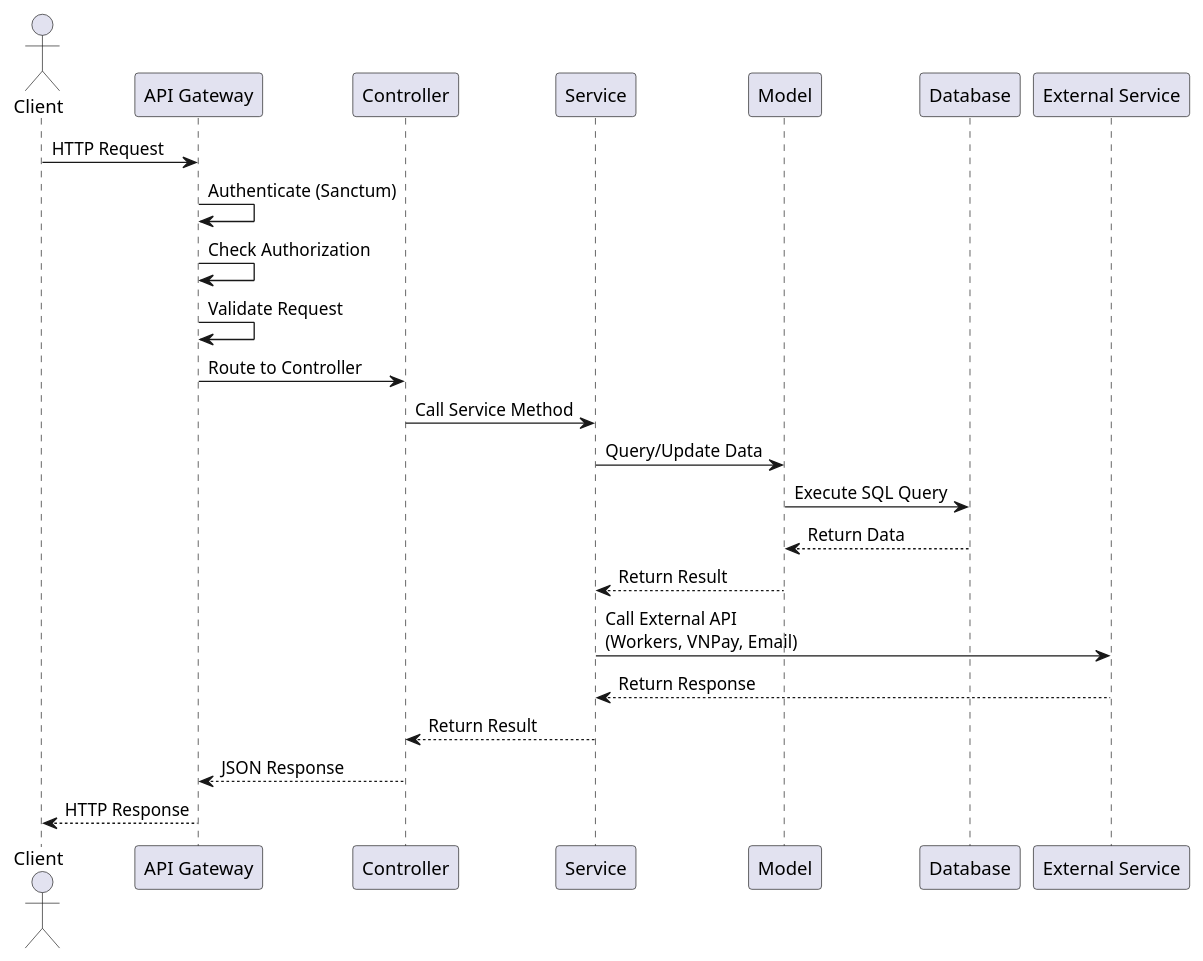
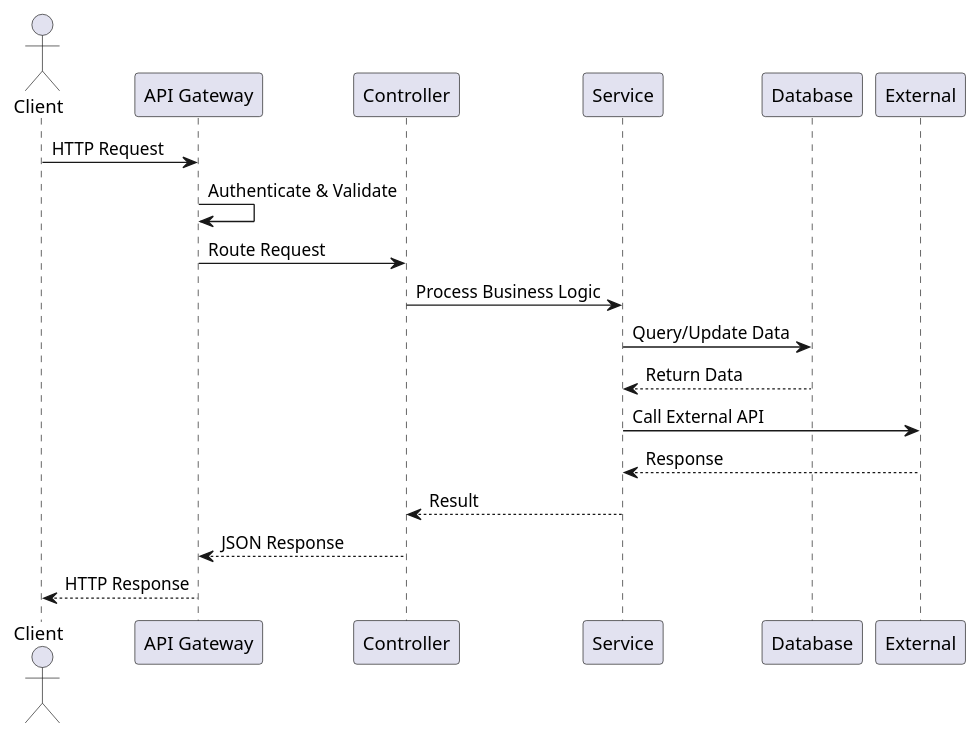
Before and after one commit to ngocnghia81/KhoiTriSo-PHP: the fifth of 5 diagrams in khoitriso-be/HE_THONG_GIOI_THIEU.md, drawn with PlantUML. The commit also changed other lines of this file and 23 other files, not shown here.

````diff
--- a/khoitriso-be/HE_THONG_GIOI_THIEU.md
+++ b/khoitriso-be/HE_THONG_GIOI_THIEU.md
@@ -589,28 +404,23 @@
 ```plantuml
 @startuml
 actor "Client" as Client
 participant "API Gateway" as Gateway
 participant "Controller" as Controller
 participant "Service" as Service
-participant "Model" as Model
 participant "Database" as DB
-participant "External Service" as External
+participant "External" as External
 
 Client -> Gateway: HTTP Request
-Gateway -> Gateway: Authenticate (Sanctum)
-Gateway -> Gateway: Check Authorization
-Gateway -> Gateway: Validate Request
-Gateway -> Controller: Route to Controller
-Controller -> Service: Call Service Method
-Service -> Model: Query/Update Data
-Model -> DB: Execute SQL Query
-DB --> Model: Return Data
-Model --> Service: Return Result
-Service -> External: Call External API\n(Workers, VNPay, Email)
-External --> Service: Return Response
-Service --> Controller: Return Result
+Gateway -> Gateway: Authenticate & Validate
+Gateway -> Controller: Route Request
+Controller -> Service: Process Business Logic
+Service -> DB: Query/Update Data
+DB --> Service: Return Data
+Service -> External: Call External API
+External --> Service: Response
+Service --> Controller: Result
 Controller --> Gateway: JSON Response
 Gateway --> Client: HTTP Response
 
 @enduml
 ```
````
